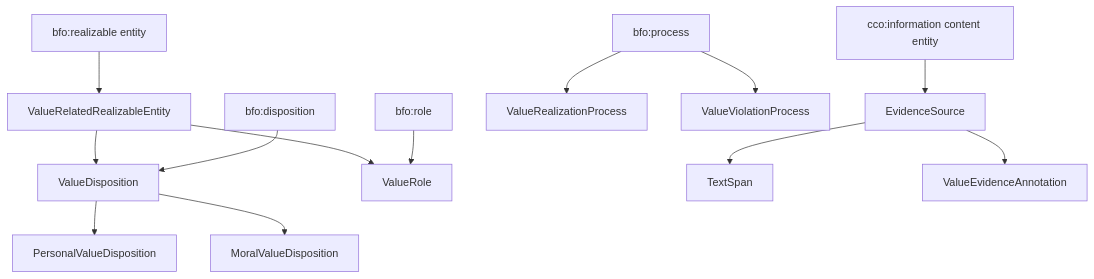
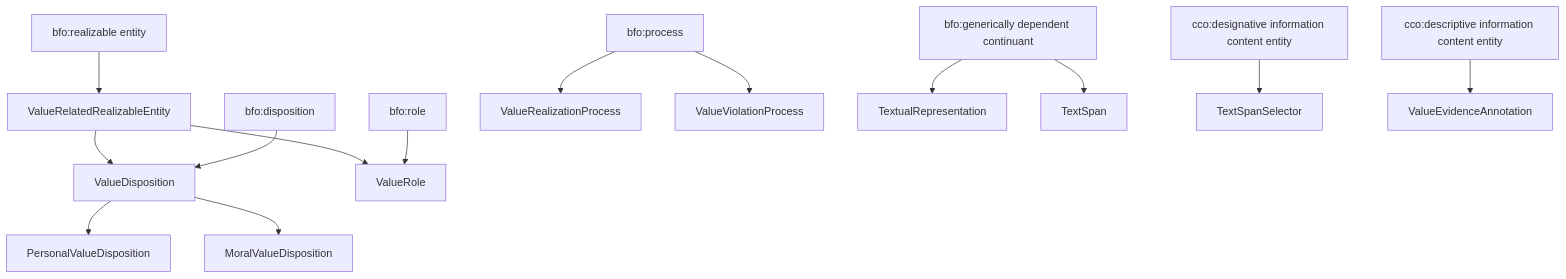
Before and after one commit to Skreen5hot/ValueNet: the diagram in README.md, drawn with Mermaid. The commit also changed other lines of this file and 41 other files, not shown here.

First line of the commit message:
Phase C: the text layer is form, not content (R9-R11; D-005, D-006, D-007)

````diff
--- a/README.md
+++ b/README.md
@@ -39,15 +39,16 @@
 ```mermaid
 graph TD
     BFO17["bfo:realizable entity"] --> VRRE["ValueRelatedRealizableEntity"]
     VRRE --> VD["ValueDisposition"]
     VRRE --> VR["ValueRole"]
     BFO16["bfo:disposition"] --> VD
     BFO23["bfo:role"] --> VR
     VD --> PVD["PersonalValueDisposition"]
     VD --> MVD["MoralValueDisposition"]
     BFO15["bfo:process"] --> VRP["ValueRealizationProcess"]
     BFO15 --> VVP["ValueViolationProcess"]
-    CCO["cco:information content entity"] --> ES["EvidenceSource"]
-    ES --> TS["TextSpan"]
-    ES --> VEA["ValueEvidenceAnnotation"]
+    BFO31["bfo:generically dependent continuant"] --> TR["TextualRepresentation"]
+    BFO31 --> TS["TextSpan"]
+    DESIG["cco:designative information content entity"] --> TSS["TextSpanSelector"]
+    DESCR["cco:descriptive information content entity"] --> VEA["ValueEvidenceAnnotation"]
 ```
````
